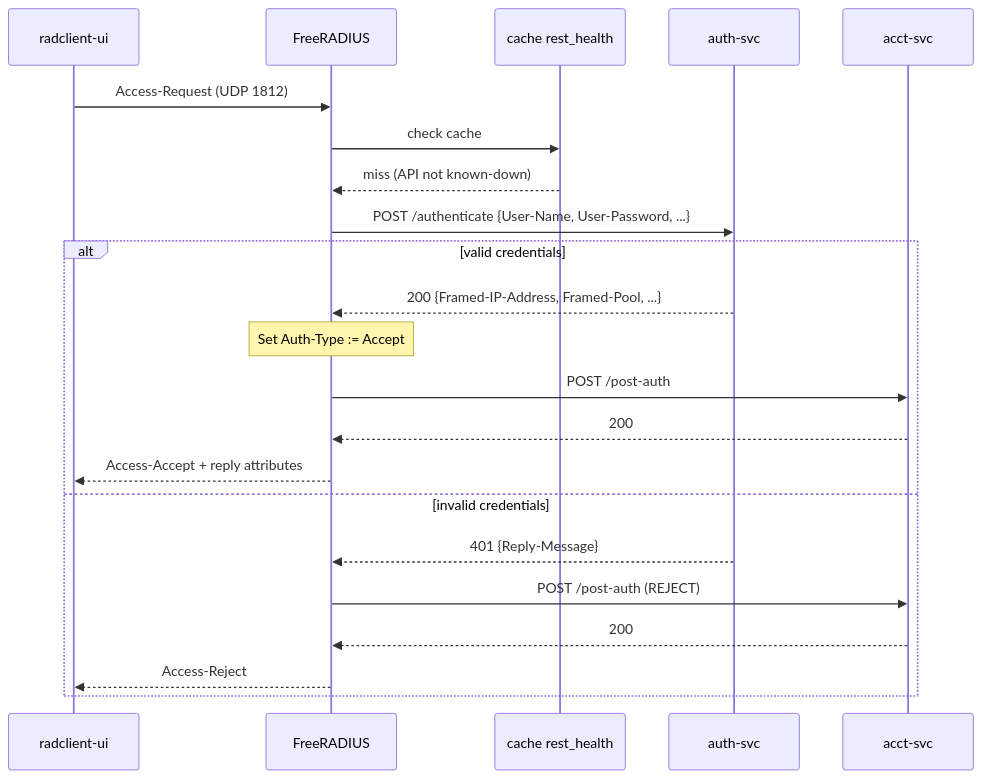
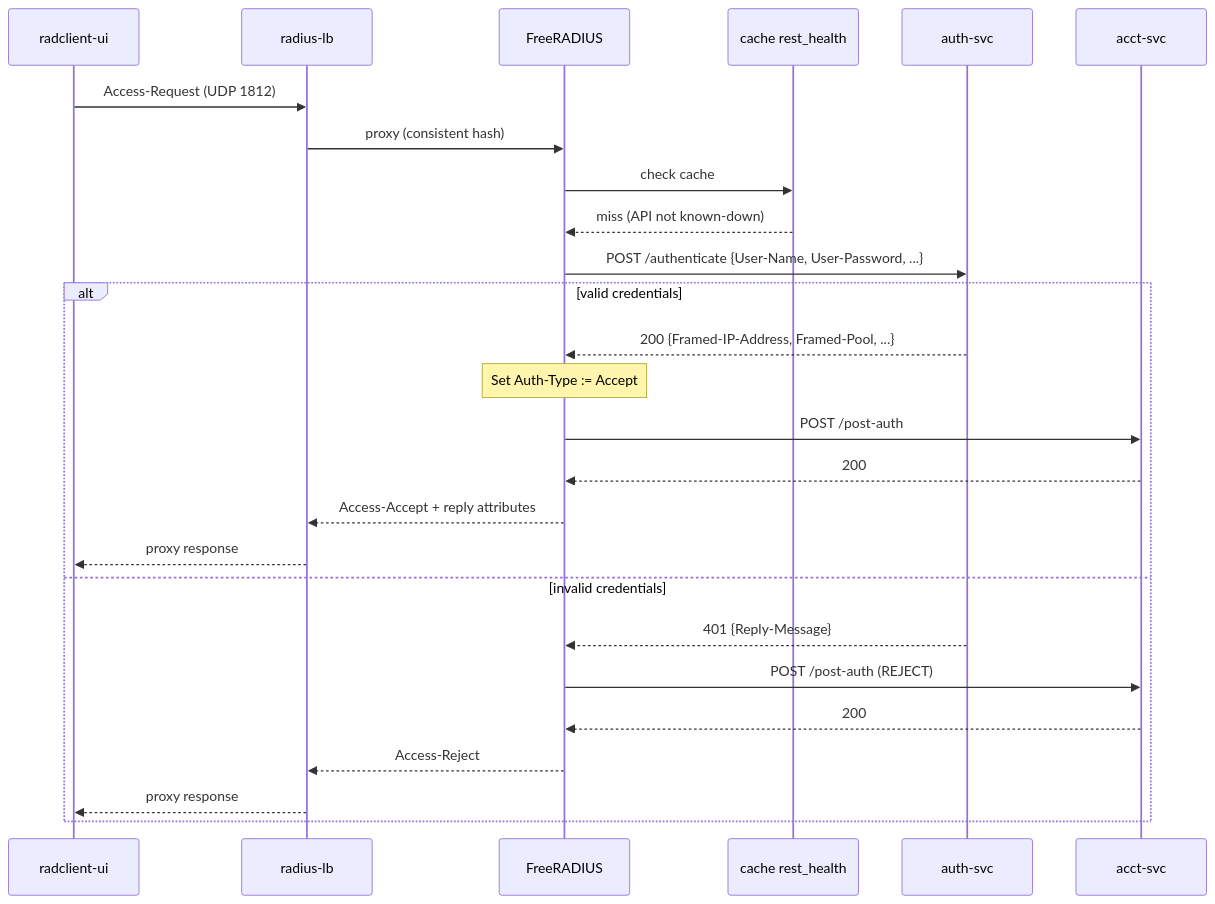
The second of 8 diagrams in README.md (Work-Systems-Ltd/freeradius-http-auth), drawn with Mermaid before and after one commit. The commit also changed other lines of this file, not shown here.

Commit message:
refactor: update architecture and request flow in README for improved clarity on load balancing and service interactions

````diff
--- a/README.md
+++ b/README.md
@@ -27,25 +49,29 @@
 ```mermaid
 sequenceDiagram
     participant UI as radclient-ui
+    participant LB as radius-lb
     participant FR as FreeRADIUS
     participant C as cache rest_health
     participant AS as auth-svc
     participant AC as acct-svc
 
-    UI->>FR: Access-Request (UDP 1812)
+    UI->>LB: Access-Request (UDP 1812)
+    LB->>FR: proxy (consistent hash)
     FR->>C: check cache
     C-->>FR: miss (API not known-down)
     FR->>AS: POST /authenticate {User-Name, User-Password, ...}
     alt valid credentials
         AS-->>FR: 200 {Framed-IP-Address, Framed-Pool, ...}
         Note over FR: Set Auth-Type := Accept
         FR->>AC: POST /post-auth
         AC-->>FR: 200
-        FR-->>UI: Access-Accept + reply attributes
+        FR-->>LB: Access-Accept + reply attributes
+        LB-->>UI: proxy response
     else invalid credentials
         AS-->>FR: 401 {Reply-Message}
         FR->>AC: POST /post-auth (REJECT)
         AC-->>FR: 200
-        FR-->>UI: Access-Reject
+        FR-->>LB: Access-Reject
+        LB-->>UI: proxy response
     end
 ```
````
